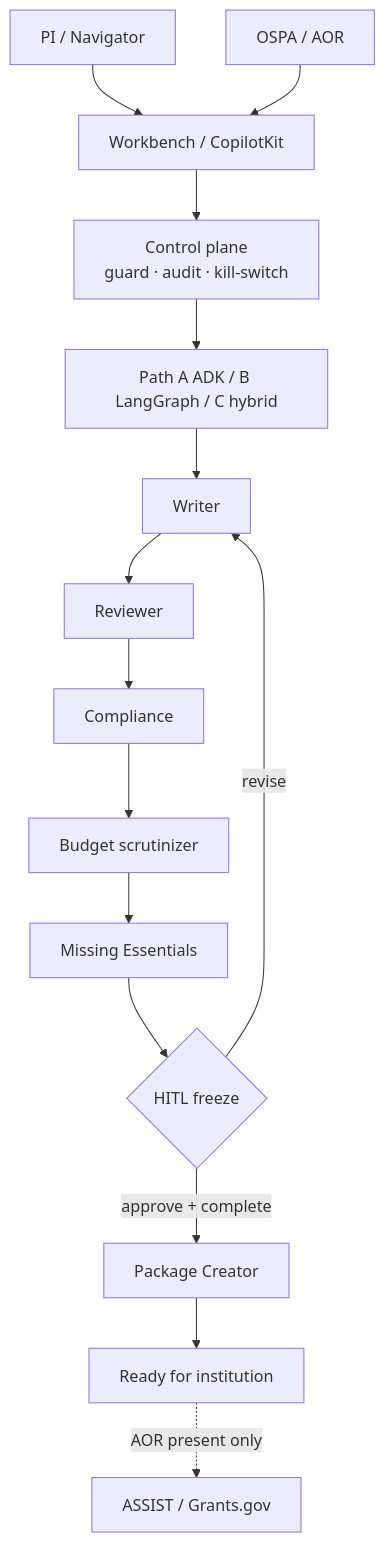
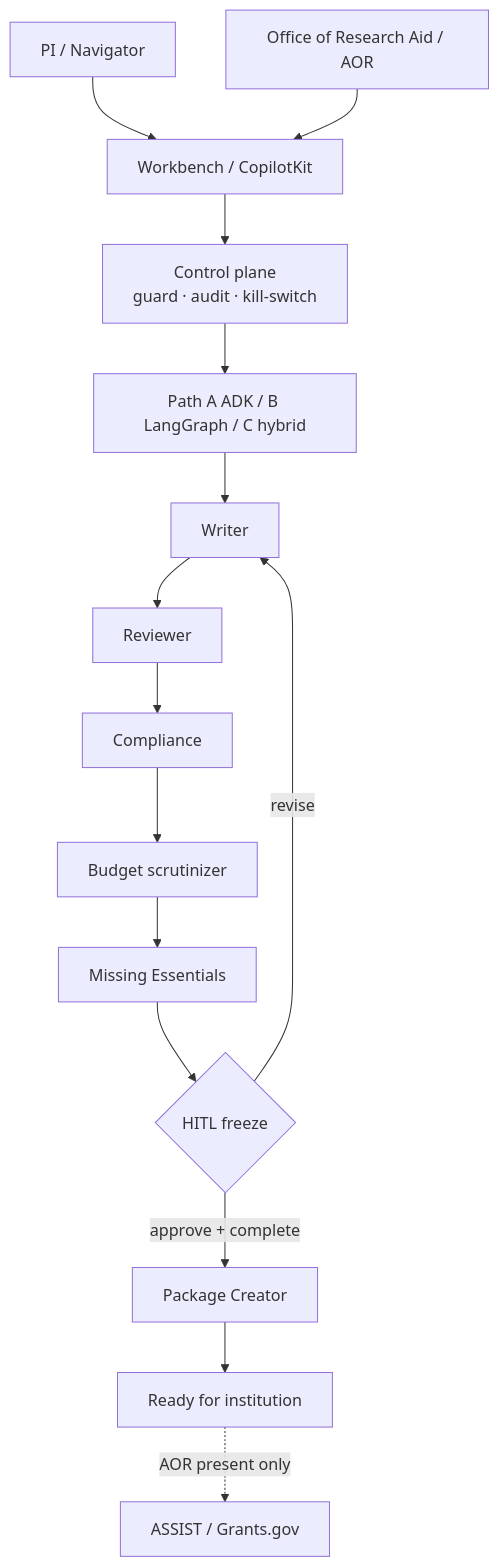
Before and after one commit to YPCC/grant-agent-lab: the diagram in README.md, drawn with Mermaid. The commit also changed other lines of this file and 25 other files, not shown here.

First line of the commit message:
Replace OSPA naming with Office of Research Aid

````diff
--- a/README.md
+++ b/README.md
@@ -9,17 +9,17 @@
 ```mermaid
 flowchart TD
   PI[PI / Navigator] --> UI[Workbench / CopilotKit]
-  OSPA[OSPA / AOR] --> UI
+  ORA["Office of Research Aid / AOR"] --> UI
   UI --> CP[Control plane<br/>guard · audit · kill-switch]
   CP --> ORCH[Path A ADK / B LangGraph / C hybrid]
   ORCH --> WR[Writer]
   WR --> RV[Reviewer]
   RV --> CC[Compliance]
   CC --> BS[Budget scrutinizer]
   BS --> ME[Missing Essentials]
   ME --> HITL{HITL freeze}
   HITL -->|revise| WR
   HITL -->|approve + complete| PK[Package Creator]
   PK --> READY[Ready for institution]
   READY -.->|AOR present only| ASSIST[ASSIST / Grants.gov]
 ```
````
